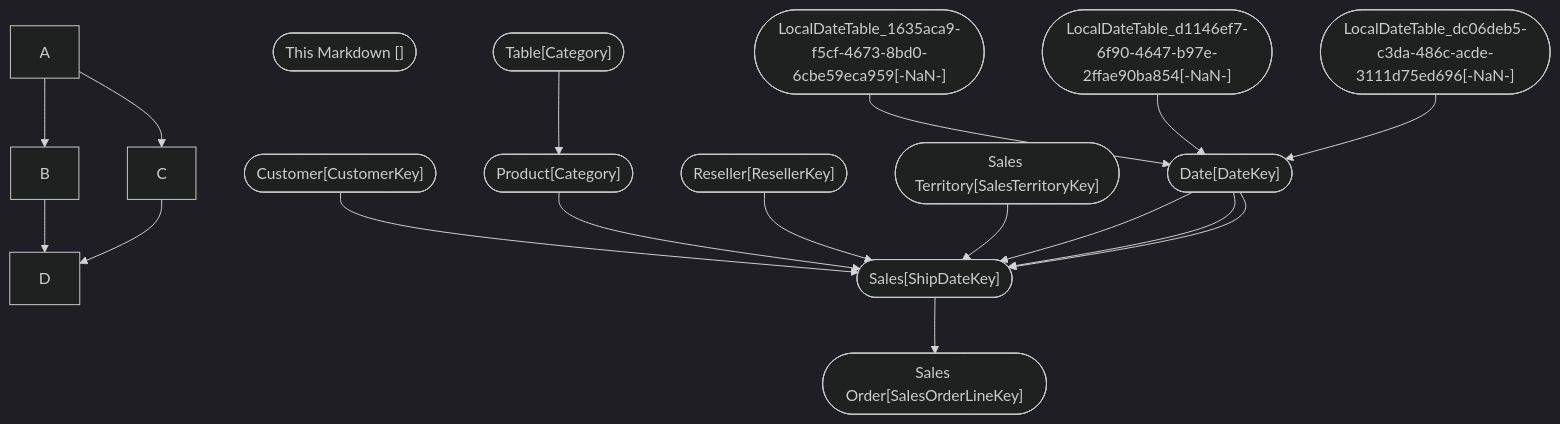
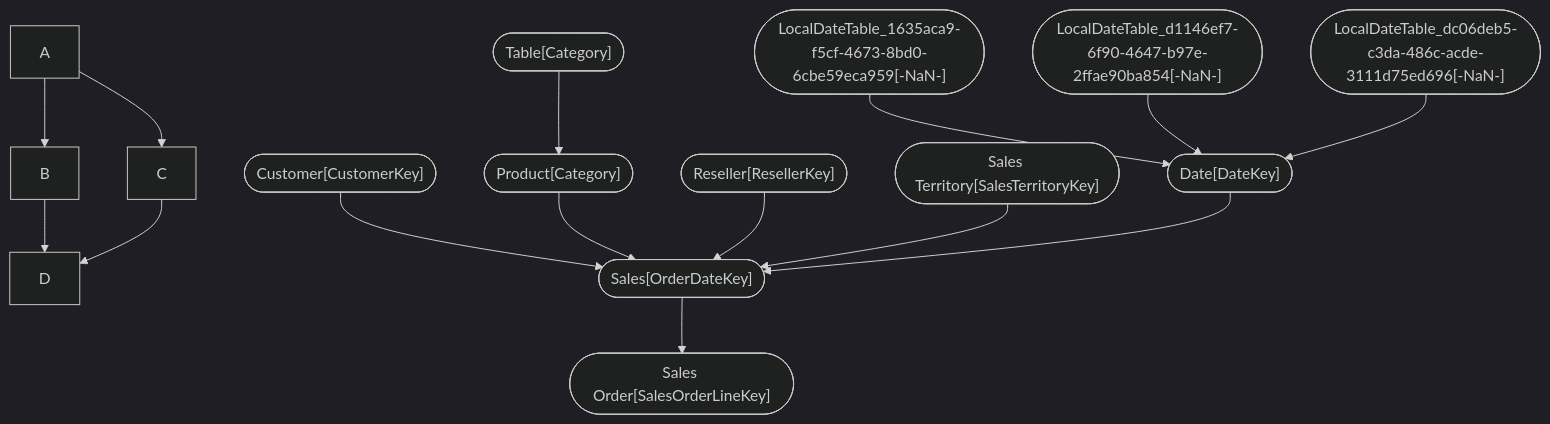
The second of 2 diagrams in tests/output/AdventureWorks_Sales.pbix.md (ZdenekMerka/pbix_doc), drawn with Mermaid (dark theme) before and after one commit. The commit also changed other lines of this file and 1 other file, not shown here.

````diff
--- a/tests/output/AdventureWorks_Sales.pbix.md
+++ b/tests/output/AdventureWorks_Sales.pbix.md
@@ -40,97 +40,28 @@
     A-->C;
     B-->D;
     C-->D;
-id(["This Markdown []"])
-
-
-
-
 id186(["LocalDateTable_1635aca9-f5cf-4673-8bd0-6cbe59eca959[-NaN-]"]) --> id183(["Date[Date]"])
-
-
-
-
-
-id(["This Markdown []"])
-
-
 
 
 id189(["LocalDateTable_d1146ef7-6f90-4647-b97e-2ffae90ba854[-NaN-]"]) --> id183(["Date[Month]"])
 
 
-
-
-
-id(["This Markdown []"])
-
-
-
-
 id192(["LocalDateTable_dc06deb5-c3da-486c-acde-3111d75ed696[-NaN-]"]) --> id183(["Date[Full Date]"])
-
-
-
-
-
-id(["This Markdown []"])
-
-
 
 
 id12(["Customer[CustomerKey]"]) --> id805(["Sales[CustomerKey]"])
 
 
-
-
-
-id(["This Markdown []"])
-
-
-
-
 id572(["Product[ProductKey]"]) --> id805(["Sales[ProductKey]"])
-
-
-
-
-
-id(["This Markdown []"])
-
-
 
 
 id690(["Reseller[ResellerKey]"]) --> id805(["Sales[ResellerKey]"])
 
 
-
-
-
-id(["This Markdown []"])
-
-
-
-
 id805(["Sales[SalesOrderLineKey]"]) --> id980(["Sales Order[SalesOrderLineKey]"])
 
 
-
-
-
-id(["This Markdown []"])
-
-
-
-
 id1078(["Sales Territory[SalesTerritoryKey]"]) --> id805(["Sales[SalesTerritoryKey]"])
-
-
-
-
-
-id(["This Markdown []"])
-
-
 
 
 id183(["Date[DateKey]"]) --> id805(["Sales[OrderDateKey]"])
@@ -139,37 +70,8 @@
 
 
 
-id(["This Markdown []"])
-
-
-
-
-id183(["Date[DateKey]"]) --> id805(["Sales[DueDateKey]"])
-
-
-
-
-
-id(["This Markdown []"])
-
-
-
-
-id183(["Date[DateKey]"]) --> id805(["Sales[ShipDateKey]"])
-
-
-
-
-
-id(["This Markdown []"])
-
-
-
 
 id3642(["Table[Category]"]) --> id572(["Product[Category]"])
 
 
-
-
-
 ```
````
